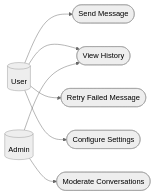
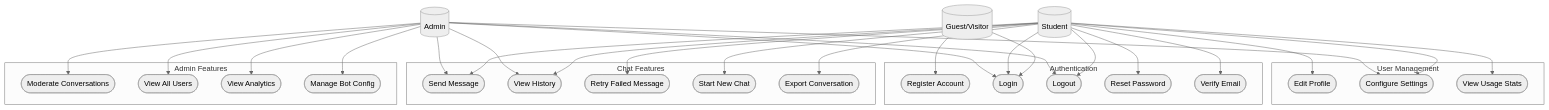
One commit to josepha237/BotInterface changed the diagram in docs/diagram/use_case.mmd. Above: the diagram before and after it, drawn with Mermaid (neutral theme). The commit also changed 30 other files, not shown here.

First line of the commit message:
Add authentication routes, services, and UI mockups for login and registration

```diff
--- a/docs/diagram/use_case.mmd
+++ b/docs/diagram/use_case.mmd
@@ -1,17 +1,63 @@
-%% Use Case diagram approximation using flowchart
-flowchart LR
-	user[(User)]
+%% Use Case diagram with authentication
+flowchart TB
+	student[(Student)]
 	admin[(Admin)]
+	guest[(Guest/Visitor)]
 
-	send([Send Message])
-	view([View History])
-	retry([Retry Failed Message])
-	configure([Configure Settings])
-	moderate([Moderate Conversations])
+	subgraph Authentication
+		register([Register Account])
+		login([Login])
+		logout([Logout])
+		reset([Reset Password])
+		verify([Verify Email])
+	end
 
-	user --> send
-	user --> view
-	user --> retry
-	user --> configure
+	subgraph ChatFeatures[Chat Features]
+		send([Send Message])
+		view([View History])
+		retry([Retry Failed Message])
+		newchat([Start New Chat])
+		export([Export Conversation])
+	end
+
+	subgraph UserManagement[User Management]
+		profile([Edit Profile])
+		settings([Configure Settings])
+		viewstats([View Usage Stats])
+	end
+
+	subgraph AdminFeatures[Admin Features]
+		moderate([Moderate Conversations])
+		viewusers([View All Users])
+		analytics([View Analytics])
+		managebot([Manage Bot Config])
+	end
+
+	%% Guest interactions
+	guest --> register
+	guest --> login
+
+	%% Student interactions
+	student --> login
+	student --> logout
+	student --> send
+	student --> view
+	student --> retry
+	student --> newchat
+	student --> export
+	student --> profile
+	student --> settings
+	student --> viewstats
+	student --> reset
+	student --> verify
+
+	%% Admin interactions
+	admin --> login
+	admin --> logout
+	admin --> send
 	admin --> view
 	admin --> moderate
+	admin --> viewusers
+	admin --> analytics
+	admin --> managebot
+	admin --> settings
```
